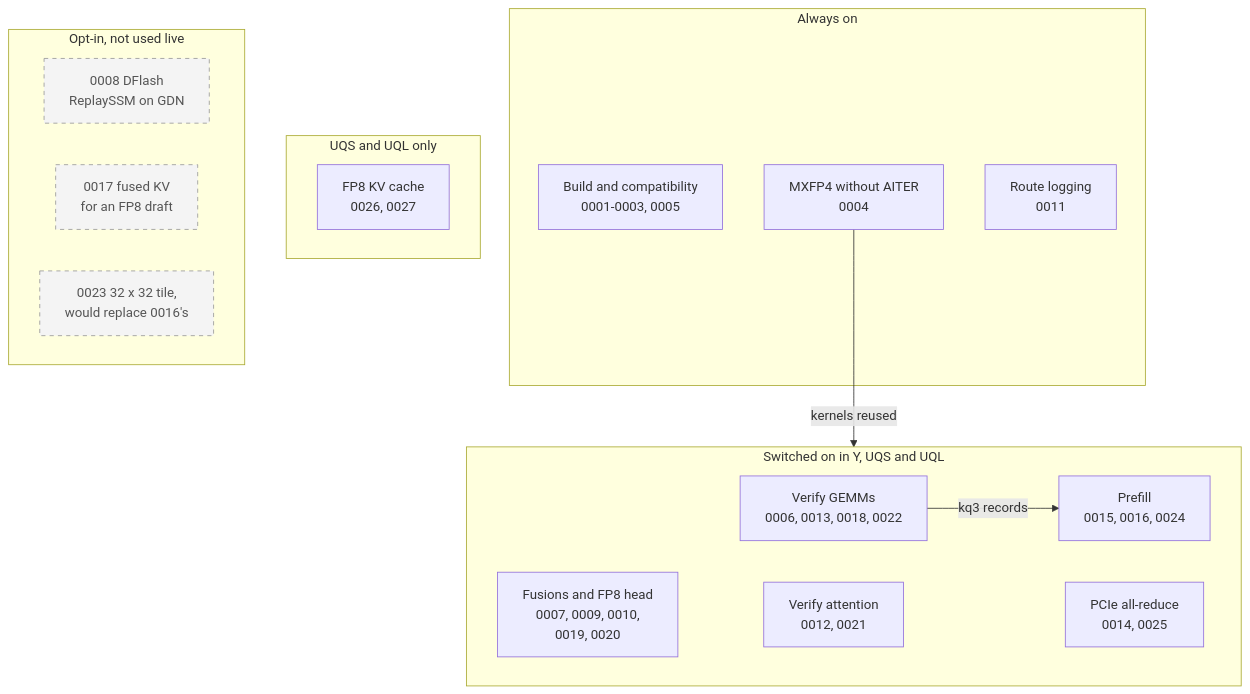
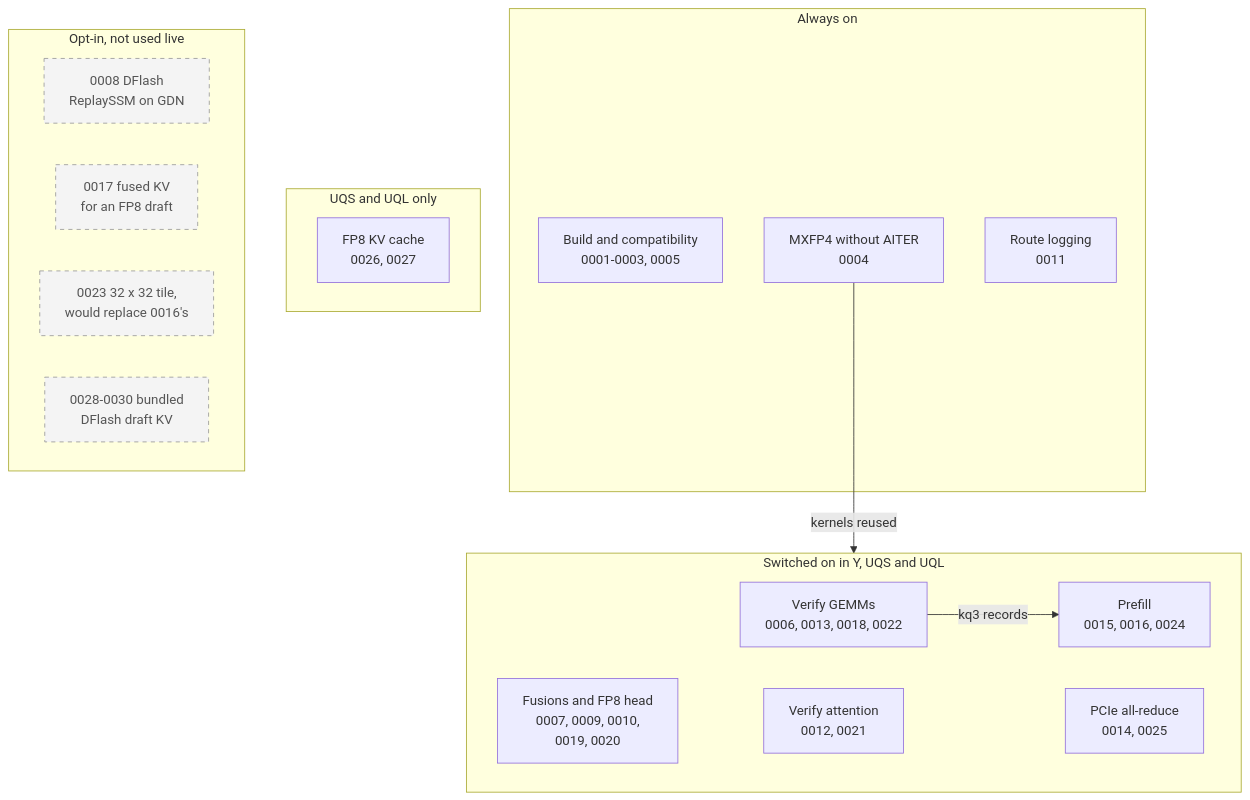
Before and after one commit to Drgr33nSenior/Spry.ai-rdna4-serving: the diagram in serving/patches/sglang-main/README.md, drawn with Mermaid. The commit also changed other lines of this file and 10 other files, not shown here.

First line of the commit message:
Port upstream DFlash draft KV bundling as patches 0028-0030

````diff
--- a/serving/patches/sglang-main/README.md
+++ b/serving/patches/sglang-main/README.md
@@ -46,30 +51,31 @@
 ```mermaid
 flowchart TB
   subgraph always["Always on"]
     build["Build and compatibility<br/>0001-0003, 0005"]
     mx["MXFP4 without AITER<br/>0004"]
     log["Route logging<br/>0011"]
   end
   subgraph live["Switched on in Y, UQS and UQL"]
     direction LR
     gemm["Verify GEMMs<br/>0006, 0013, 0018, 0022"]
     pre["Prefill<br/>0015, 0016, 0024"]
     fuse["Fusions and FP8 head<br/>0007, 0009, 0010,<br/>0019, 0020"]
     vattn["Verify attention<br/>0012, 0021"]
     ar["PCIe all-reduce<br/>0014, 0025"]
     gemm -->|"kq3 records"| pre
     fuse ~~~ vattn ~~~ ar
   end
   subgraph kvg["UQS and UQL only"]
     kv["FP8 KV cache<br/>0026, 0027"]
   end
   subgraph unused["Opt-in, not used live"]
     direction LR
     p08["0008 DFlash<br/>ReplaySSM on GDN"]
     p17["0017 fused KV<br/>for an FP8 draft"]
     p23["0023 32 x 32 tile,<br/>would replace 0016's"]
+    p28["0028-0030 bundled<br/>DFlash draft KV"]
   end
   mx -->|"kernels reused"| gemm
   classDef off fill:#f4f4f4,stroke:#999,stroke-dasharray:5 5,color:#555
-  class p08,p17,p23 off
+  class p08,p17,p23,p28 off
 ```
````
